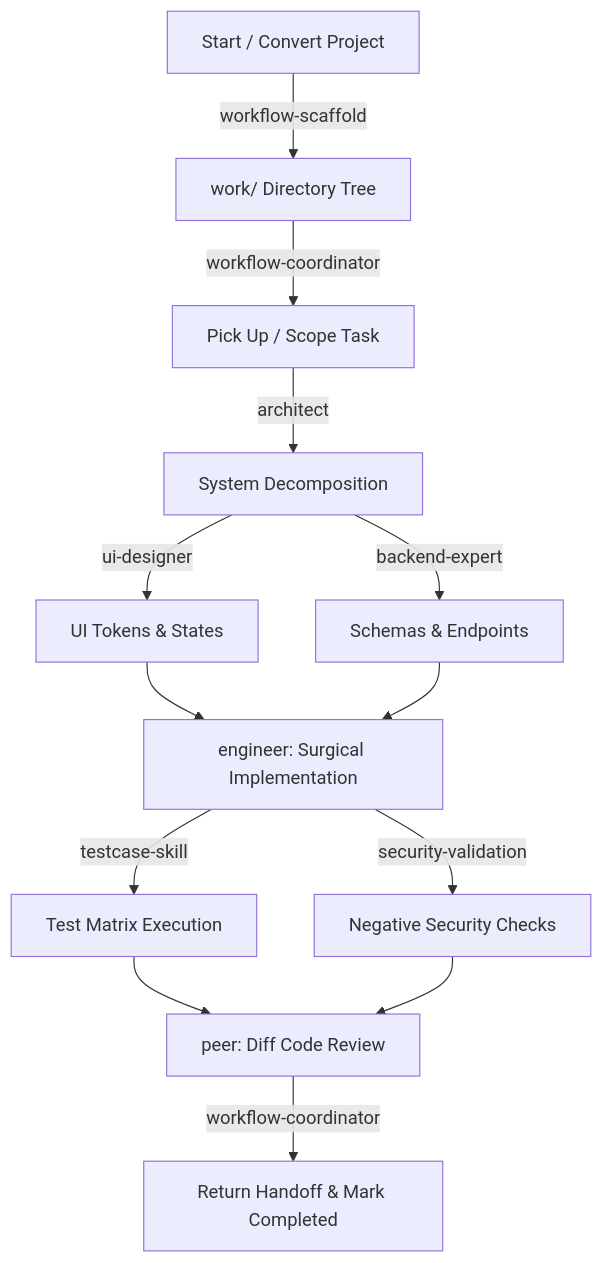
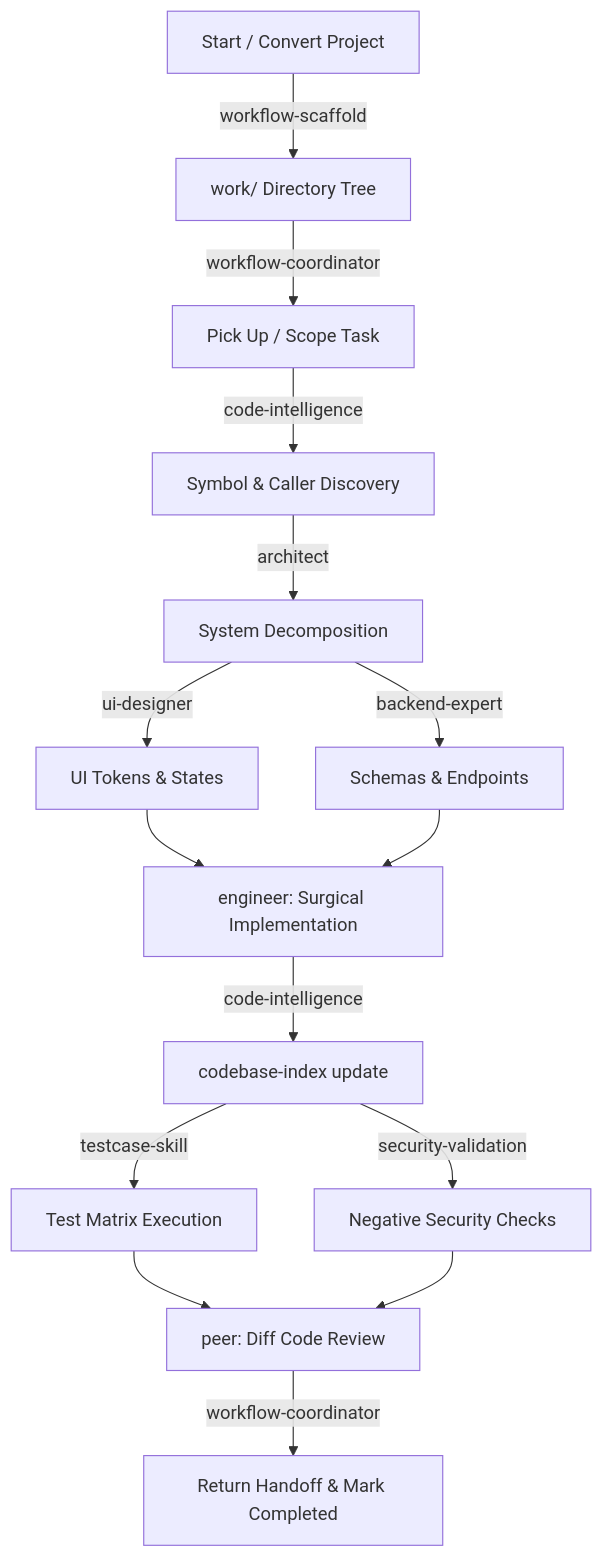
Before and after one commit to hackaholic/ai_skills: the diagram in README.md, drawn with Mermaid. The commit also changed other lines of this file and 29 other files, not shown here.

Commit message:
feat: integrate persistent offline code intelligence via codebase-index

````diff
--- a/README.md
+++ b/README.md
@@ -68,15 +130,17 @@
 ```mermaid
 flowchart TD
     A[Start / Convert Project] -->|workflow-scaffold| B[work/ Directory Tree]
     B -->|workflow-coordinator| C[Pick Up / Scope Task]
-    C -->|architect| D[System Decomposition]
-    D -->|ui-designer| E[UI Tokens & States]
-    D -->|backend-expert| F[Schemas & Endpoints]
-    E --> G[engineer: Surgical Implementation]
-    F --> G
-    G -->|testcase-skill| H[Test Matrix Execution]
-    G -->|security-validation| I[Negative Security Checks]
-    H --> J[peer: Diff Code Review]
-    I --> J
-    J -->|workflow-coordinator| K[Return Handoff & Mark Completed]
+    C -->|code-intelligence| D[Symbol & Caller Discovery]
+    D -->|architect| E[System Decomposition]
+    E -->|ui-designer| F[UI Tokens & States]
+    E -->|backend-expert| G[Schemas & Endpoints]
+    F --> H[engineer: Surgical Implementation]
+    G --> H
+    H -->|code-intelligence| I[codebase-index update]
+    I -->|testcase-skill| J[Test Matrix Execution]
+    I -->|security-validation| K[Negative Security Checks]
+    J --> L[peer: Diff Code Review]
+    K --> L
+    L -->|workflow-coordinator| M[Return Handoff & Mark Completed]
 ```
````
